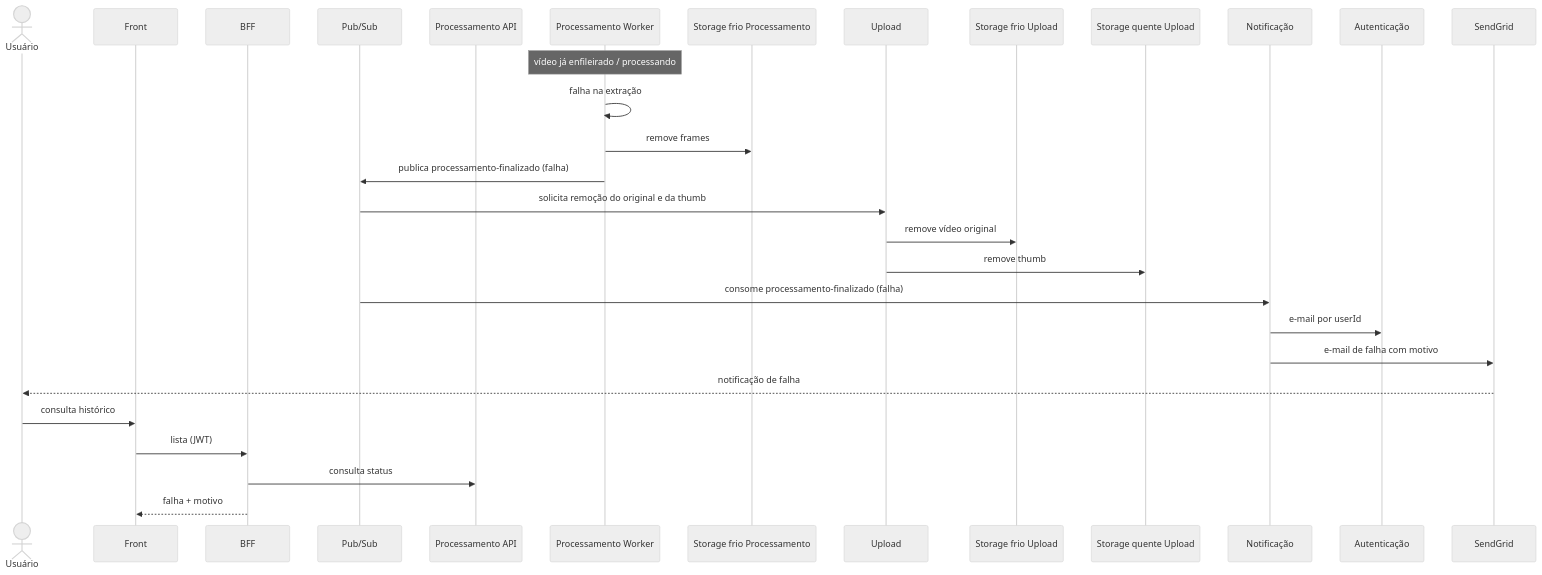
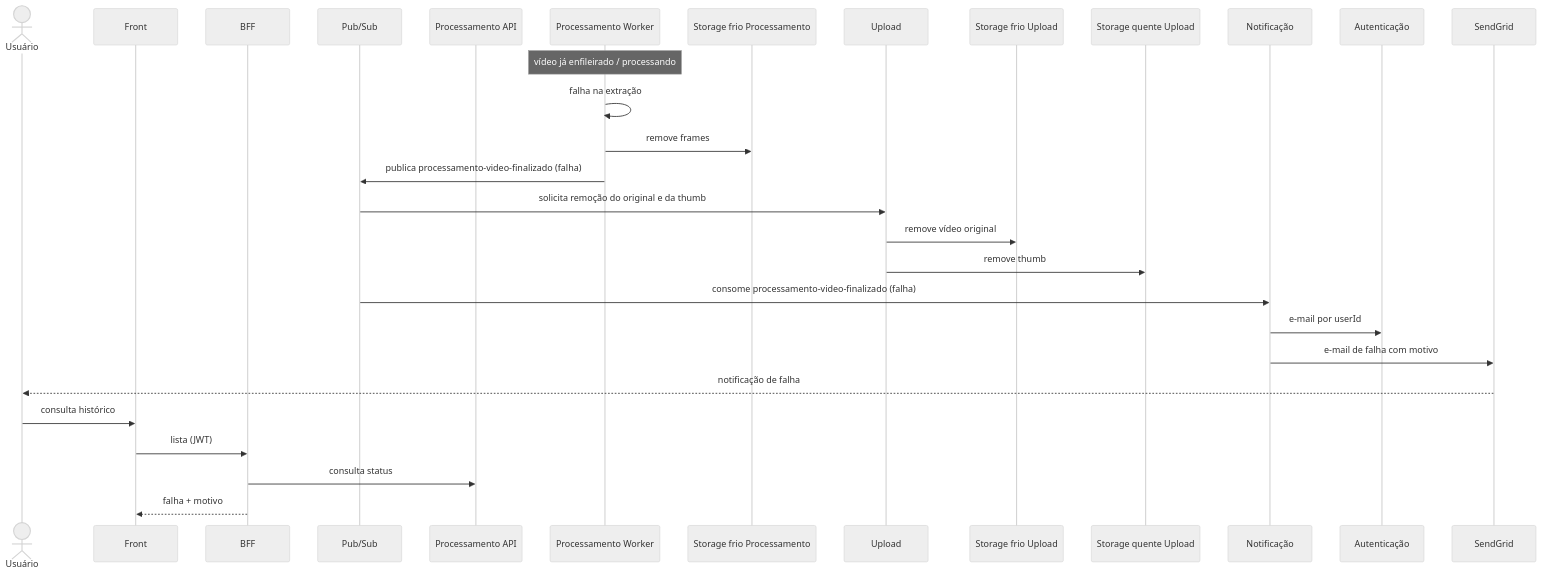
One commit to fiap-x-vcosta/docs changed the diagram in fluxo-e-estados/05_falha-no-processamento.md. Above: the diagram before and after it, drawn with Mermaid (neutral theme). The commit also changed 9 other files, not shown here.

````diff
--- a/fluxo-e-estados/05_falha-no-processamento.md
+++ b/fluxo-e-estados/05_falha-no-processamento.md
@@ -1,32 +1,32 @@
 ```mermaid
 sequenceDiagram
   actor U as Usuário
   participant Web as Front
   participant BFF as BFF
   participant Bus as Pub/Sub
   participant Api as Processamento API
   participant Worker as Processamento Worker
   participant FrioProc as Storage frio Processamento
   participant Up as Upload
   participant FrioUp as Storage frio Upload
   participant Quente as Storage quente Upload
   participant Notif as Notificação
   participant Auth as Autenticação
   participant SG as SendGrid
 
   Note over Worker: vídeo já enfileirado / processando
   Worker->>Worker: falha na extração
   Worker->>FrioProc: remove frames
-  Worker->>Bus: publica processamento-finalizado (falha)
+  Worker->>Bus: publica processamento-video-finalizado (falha)
   Bus->>Up: solicita remoção do original e da thumb
   Up->>FrioUp: remove vídeo original
   Up->>Quente: remove thumb
-  Bus->>Notif: consome processamento-finalizado (falha)
+  Bus->>Notif: consome processamento-video-finalizado (falha)
   Notif->>Auth: e-mail por userId
   Notif->>SG: e-mail de falha com motivo
   SG-->>U: notificação de falha
   U->>Web: consulta histórico
   Web->>BFF: lista (JWT)
   BFF->>Api: consulta status
   BFF-->>Web: falha + motivo
 ```
````
